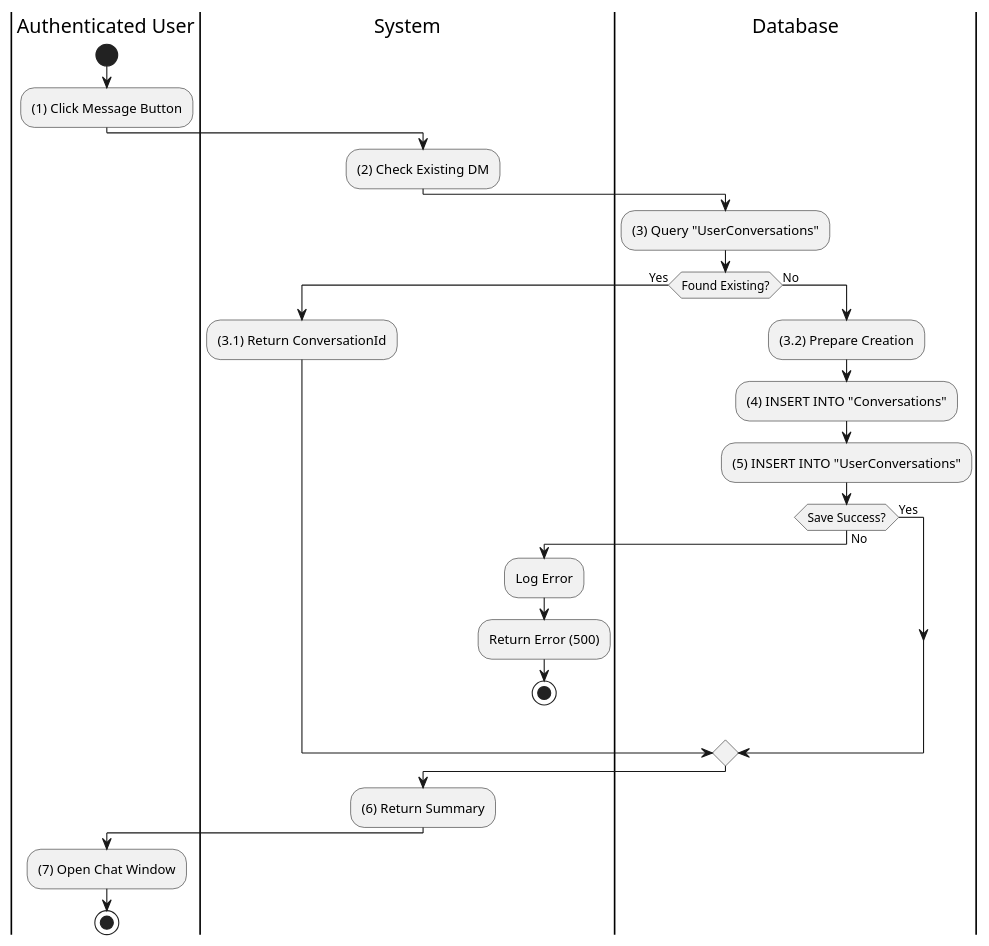
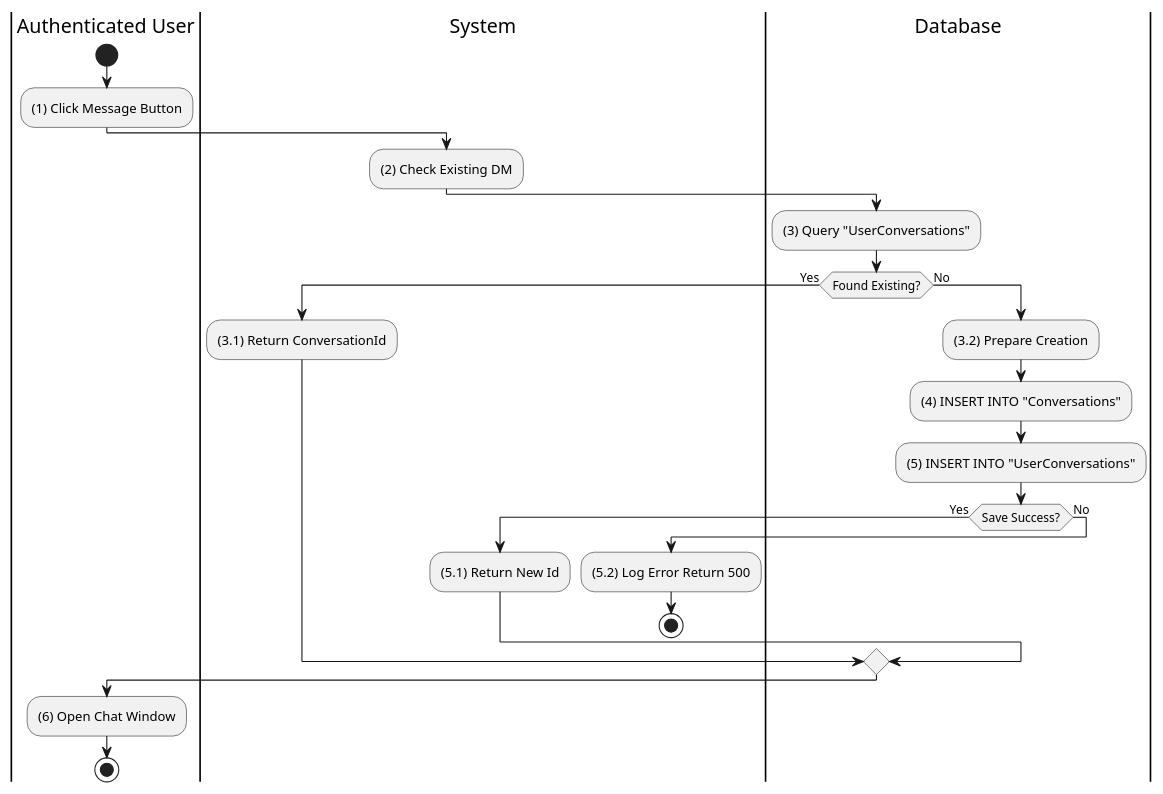
Before and after one commit to I-Love-U-3000/Favi-BE: the third of 16 diagrams in UC_2.1.7_Chat.md, drawn with PlantUML. The commit also changed other lines of this file and 36 other files, not shown here.

````diff
--- a/UC_2.1.7_Chat.md
+++ b/UC_2.1.7_Chat.md
@@ -110,32 +122,31 @@
 ```plantuml
 @startuml
 |Authenticated User|
 start
 :(1) Click Message Button;
 |System|
 :(2) Check Existing DM;
 |Database|
 :(3) Query "UserConversations";
 if (Found Existing?) then (Yes)
   |System|
   :(3.1) Return ConversationId;
 else (No)
   |Database|
   :(3.2) Prepare Creation;
   :(4) INSERT INTO "Conversations";
   :(5) INSERT INTO "UserConversations";
   if (Save Success?) then (Yes)
+      |System|
+      :(5.1) Return New Id;
   else (No)
     |System|
-    :Log Error;
-    :Return Error (500);
+    :(5.2) Log Error Return 500;
     stop
   endif
 endif
-|System|
-:(6) Return Summary;
 |Authenticated User|
-:(7) Open Chat Window;
+:(6) Open Chat Window;
 stop
 @enduml
 ```
````
